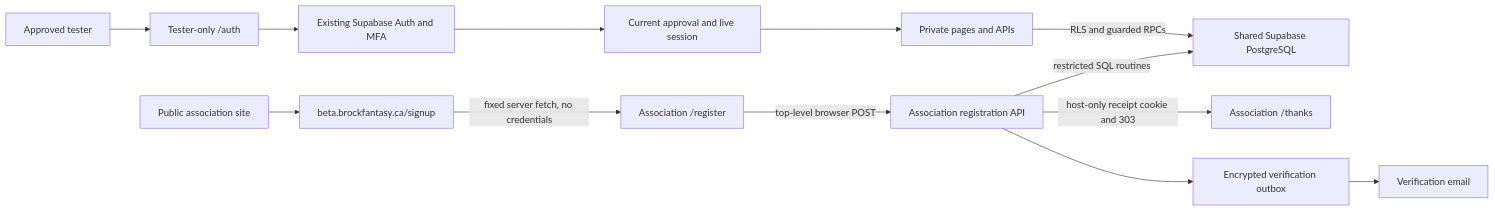
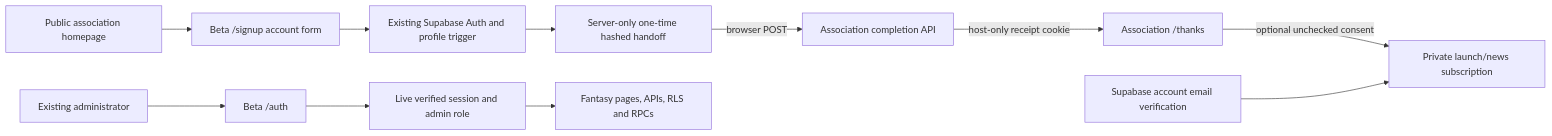
Before and after one commit to McMabee/brock-fantasy: the diagram in REGISTRATION_PRIVATE_BETA.md, drawn with Mermaid. The commit also changed other lines of this file and 30 other files, not shown here.

````diff
--- a/REGISTRATION_PRIVATE_BETA.md
+++ b/REGISTRATION_PRIVATE_BETA.md
@@ -9,15 +11,13 @@
 ```mermaid
 flowchart LR
-  Public[Public association site] --> Signup[beta.brockfantasy.ca/signup]
-  Signup -->|fixed server fetch, no credentials| Form[Association /register]
-  Form -->|top-level browser POST| Intake[Association registration API]
-  Intake -->|restricted SQL routines| DB[Shared Supabase PostgreSQL]
-  Intake -->|host-only receipt cookie and 303| Thanks[Association /thanks]
-  Intake --> Outbox[Encrypted verification outbox]
-  Outbox --> Resend[Verification email]
-  Tester[Approved tester] --> Entry[Tester-only /auth]
-  Entry --> Auth[Existing Supabase Auth and MFA]
-  Auth --> Gate[Current approval and live session]
-  Gate --> Fantasy[Private pages and APIs]
-  Fantasy -->|RLS and guarded RPCs| DB
+  Landing[Public association homepage] --> Signup[Beta /signup account form]
+  Signup --> Auth[Existing Supabase Auth and profile trigger]
+  Auth --> Ticket[Server-only one-time hashed handoff]
+  Ticket -->|browser POST| Complete[Association completion API]
+  Complete -->|host-only receipt cookie| Thanks[Association /thanks]
+  Thanks -->|optional unchecked consent| News[Private launch/news subscription]
+  Verify[Supabase account email verification] --> News
+  Admin[Existing administrator] --> Login[Beta /auth]
+  Login --> Gate[Live verified session and admin role]
+  Gate --> App[Fantasy pages, APIs, RLS and RPCs]
 ```
````
